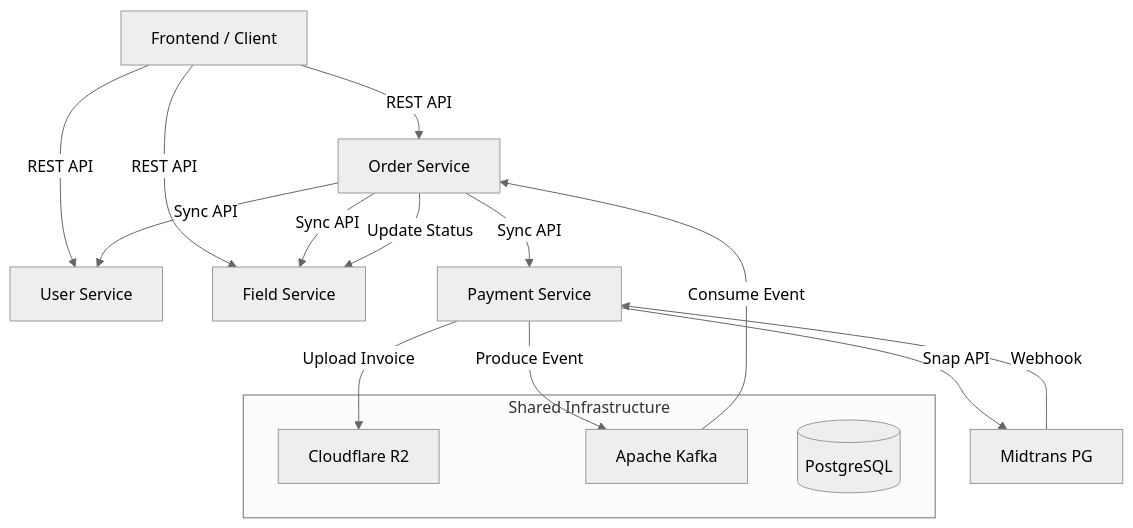
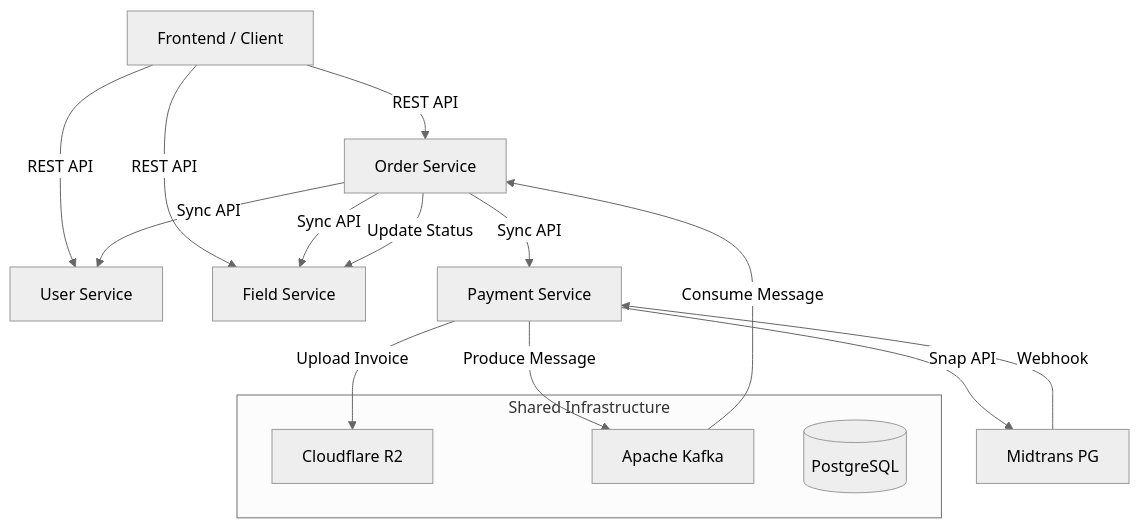
One commit to JonathanGunawan30/booking-system changed the diagram in README.md. Above: the diagram before and after it, drawn with Mermaid (neutral theme). The commit also changed other lines of this file, not shown here.

````diff
--- a/README.md
+++ b/README.md
@@ -9,25 +9,25 @@
 ```mermaid
 graph TD
     Client[Frontend / Client] -->|REST API| OrderSvc[Order Service]
     Client -->|REST API| UserSvc[User Service]
-    Client -->|REST API| FieldSvc[Field Service]
+    Client -->|REST API| ResourceSvc[Field Service]
     
     OrderSvc -->|Sync API| UserSvc
-    OrderSvc -->|Sync API| FieldSvc
+    OrderSvc -->|Sync API| ResourceSvc
     OrderSvc -->|Sync API| PaySvc[Payment Service]
     
     PaySvc -->|Snap API| Midtrans[Midtrans PG]
     Midtrans -->|Webhook| PaySvc
     
     PaySvc -->|Upload Invoice| R2[Cloudflare R2]
-    PaySvc -->|Produce Event| Kafka[Apache Kafka]
+    PaySvc -->|Produce Message| Kafka[Apache Kafka]
     
-    Kafka -->|Consume Event| OrderSvc
-    OrderSvc -->|Update Status| FieldSvc
+    Kafka -->|Consume Message| OrderSvc
+    OrderSvc -->|Update Status| ResourceSvc
     
     subgraph Shared Infrastructure
         DB[(PostgreSQL)]
         Kafka
         R2
     end
 ```
````
